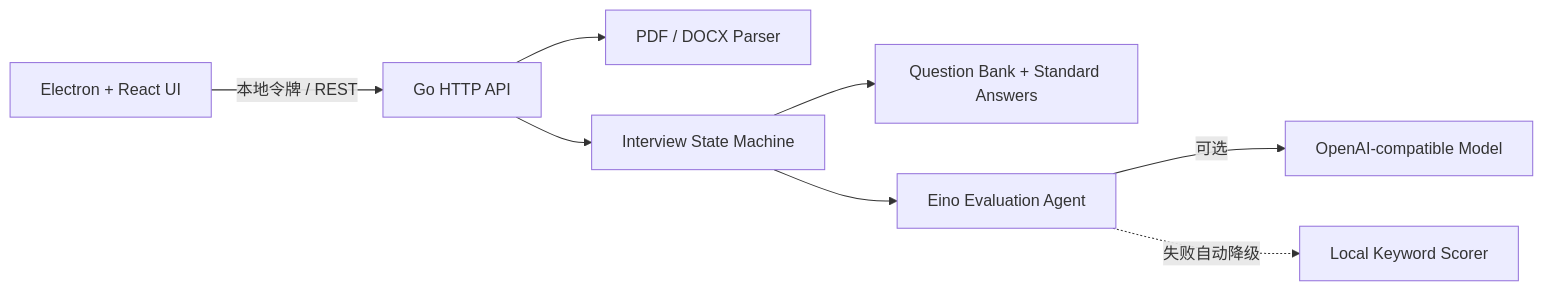
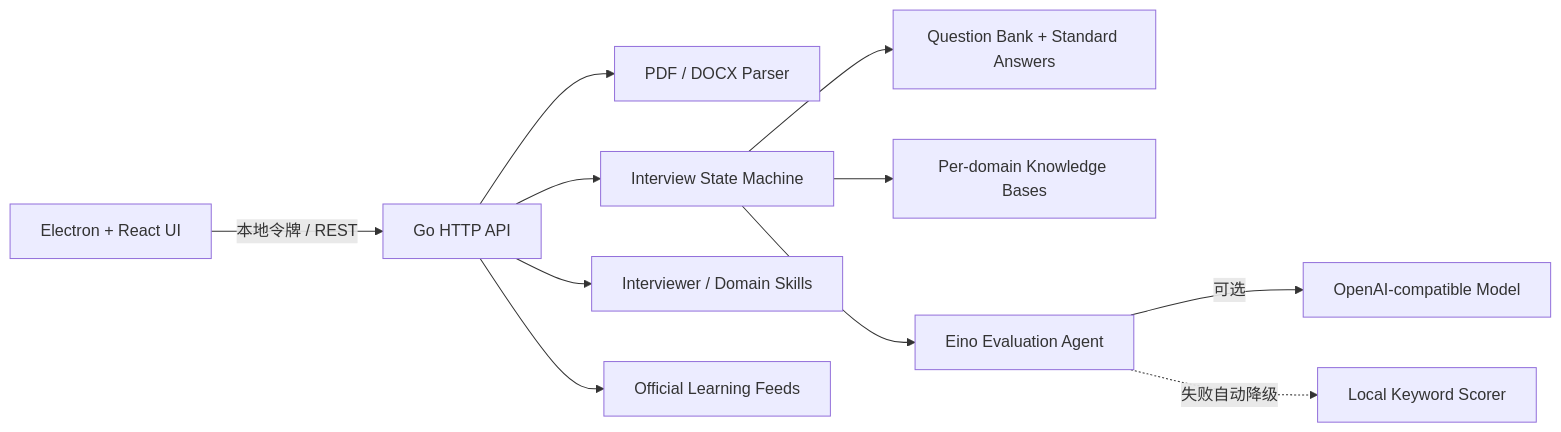
One commit to concayim/interview-agent changed the diagram in README.md. Above: the diagram before and after it, drawn with Mermaid. The commit also changed other lines of this file and 32 other files, not shown here.

Commit message:
add skill-based interviews knowledge and learning

````diff
--- a/README.md
+++ b/README.md
@@ -84,10 +91,13 @@
 ```mermaid
 flowchart LR
     UI["Electron + React UI"] -->|"本地令牌 / REST"| API["Go HTTP API"]
     API --> Parser["PDF / DOCX Parser"]
     API --> Interview["Interview State Machine"]
+    API --> Skills["Interviewer / Domain Skills"]
+    API --> Learning["Official Learning Feeds"]
     Interview --> Bank["Question Bank + Standard Answers"]
+    Interview --> KB["Per-domain Knowledge Bases"]
     Interview --> Agent["Eino Evaluation Agent"]
     Agent -->|"可选"| LLM["OpenAI-compatible Model"]
     Agent -. "失败自动降级" .-> Local["Local Keyword Scorer"]
 ```
````
